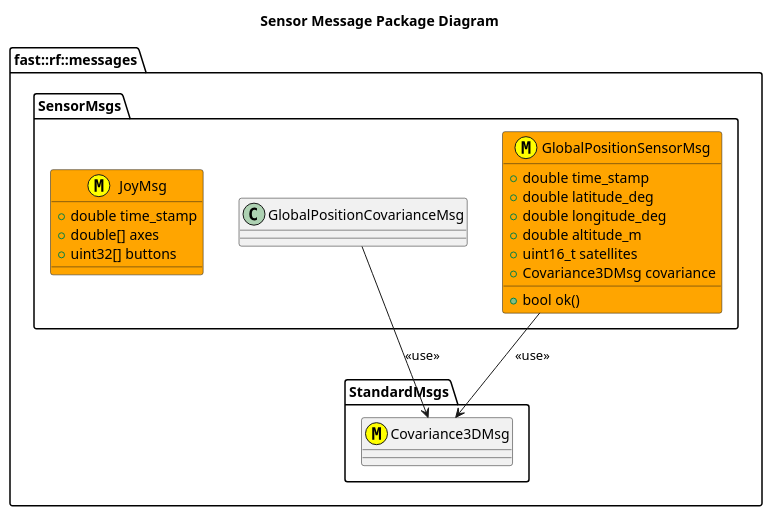
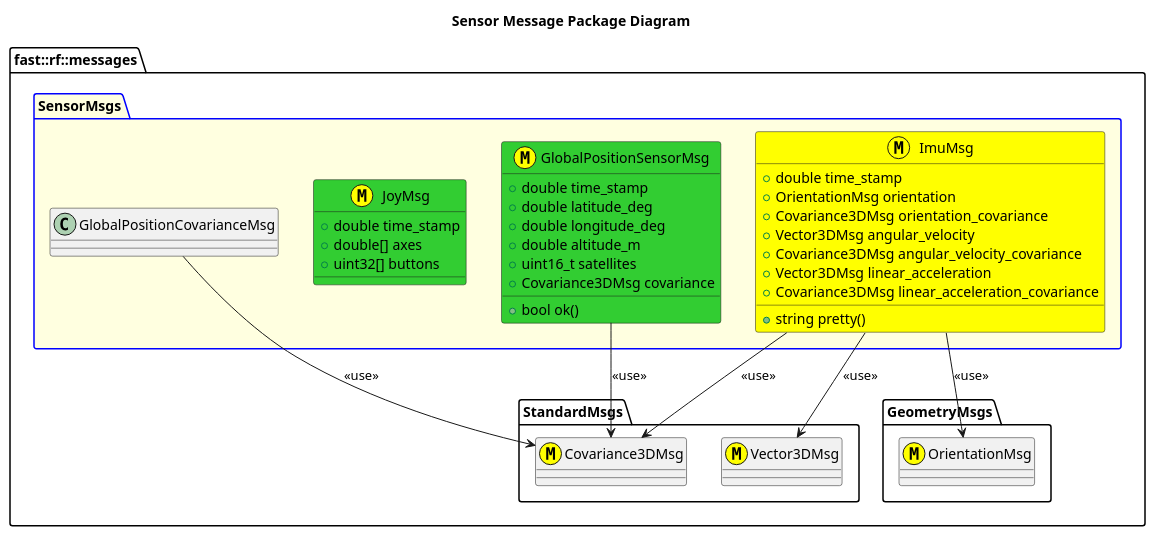
Before and after one commit to fastrobotics/robot_framework: the diagram in msgs/SensorMsgs/doc/puml/SensorMessagesClassDiagram.puml, drawn with PlantUML. The commit also changed 53 other files, not shown here.

```diff
--- a/msgs/SensorMsgs/doc/puml/SensorMessagesClassDiagram.puml
+++ b/msgs/SensorMsgs/doc/puml/SensorMessagesClassDiagram.puml
@@ -1,27 +1,45 @@
 @startuml
 title Sensor Message Package Diagram
 
 namespace fast::rf::messages {
   namespace StandardMsgs {
     class Covariance3DMsg <<(M,#FFFF00) >>
+    class Vector3DMsg <<(M,#FFFF00)>>
   }
-  namespace SensorMsgs  {
+  namespace GeometryMsgs {
+    class OrientationMsg <<(M,#FFFF00) >>
+  }
+  package SensorMsgs #LightYellow;line:blue {
     GlobalPositionCovarianceMsg --> Covariance3DMsg: <<use>>
-    class GlobalPositionSensorMsg <<(M,#FFFF00)>> #Orange {
+    struct GlobalPositionSensorMsg <<(M,#FFFF00)>> #LimeGreen {
       +double time_stamp
       +double latitude_deg
       +double longitude_deg
       +double altitude_m
       +uint16_t satellites
       +Covariance3DMsg covariance
       +bool ok()
     }
     GlobalPositionSensorMsg --> Covariance3DMsg: <<use>>
 
-    class JoyMsg <<(M,#FFFF00)>> #Orange {
+    struct JoyMsg <<(M,#FFFF00)>> #LimeGreen {
       +double time_stamp
       +double[] axes
       +uint32[] buttons
     }
-}
-@enduml
+
+    struct ImuMsg <<(M,#FFFF00)>> #Yellow {
+      +double time_stamp
+      +OrientationMsg orientation
+      +Covariance3DMsg orientation_covariance
+      +Vector3DMsg angular_velocity
+      +Covariance3DMsg angular_velocity_covariance
+      +Vector3DMsg linear_acceleration
+      +Covariance3DMsg linear_acceleration_covariance
+      +string pretty()
+    }
+    ImuMsg --> OrientationMsg: <<use>>
+    ImuMsg --> Vector3DMsg: <<use>>
+    ImuMsg --> Covariance3DMsg: <<use>>
+  }
+  @enduml
```
